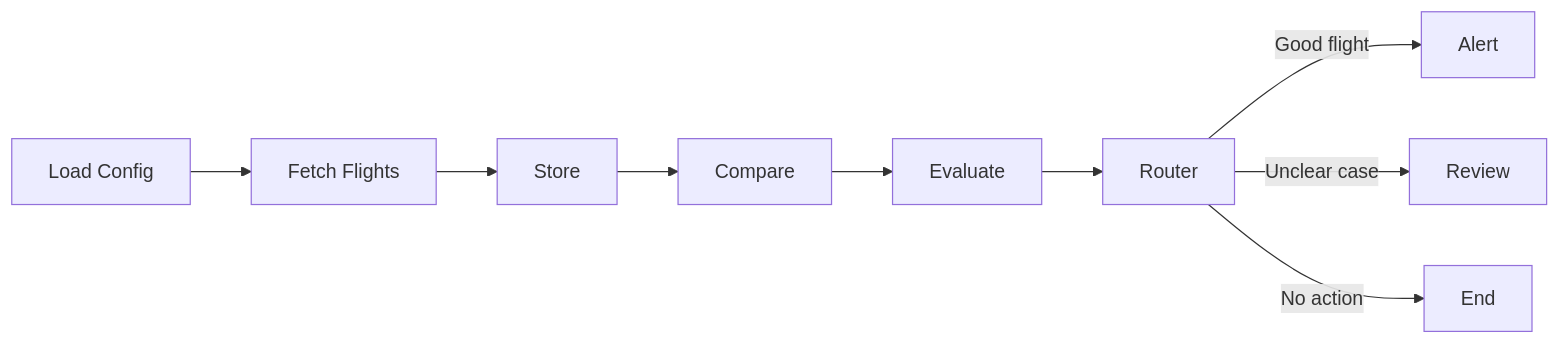
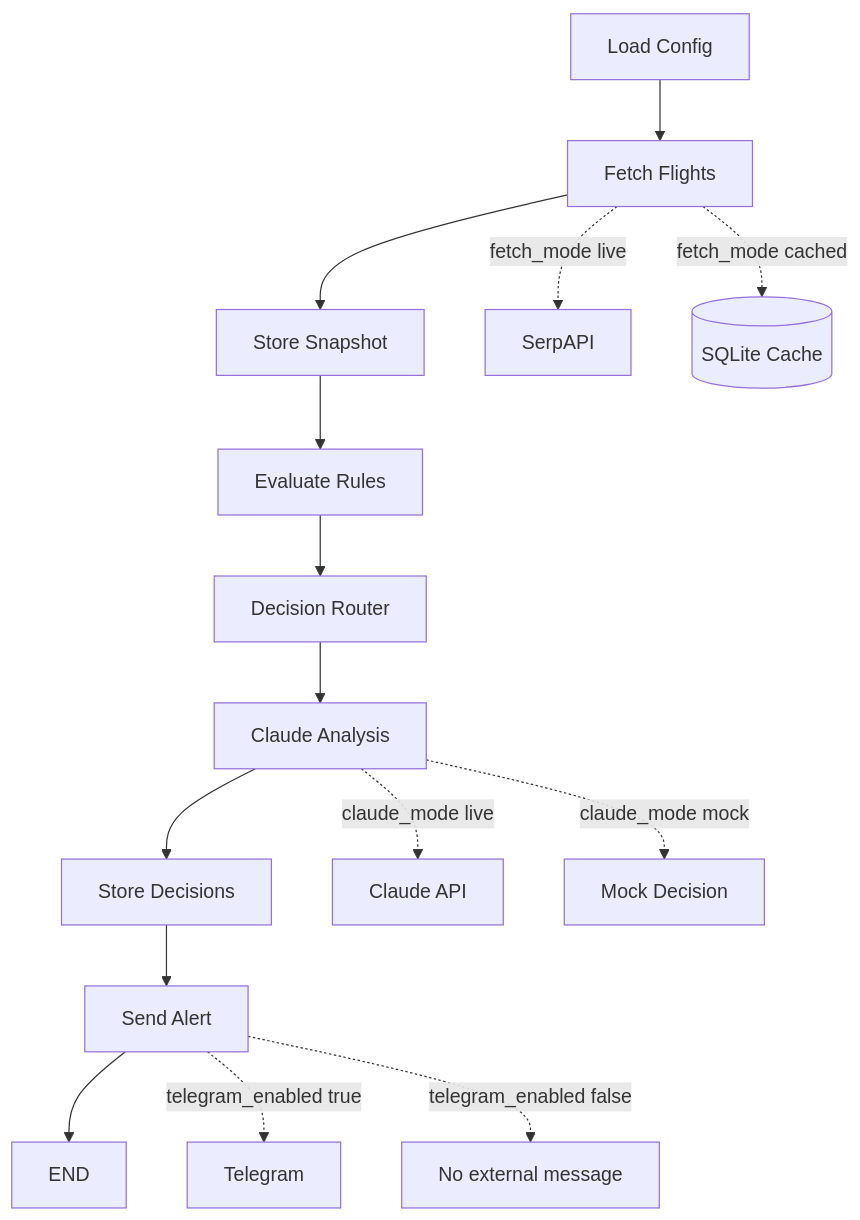
One commit to atelloa/flight-agent changed the diagram in architecture.md. Above: the diagram before and after it, drawn with Mermaid. The commit also changed other lines of this file, not shown here.

Commit message:
docs: refresh architecture for phase 5 runtime modes

````diff
--- a/architecture.md
+++ b/architecture.md
@@ -56,11 +53,18 @@
 ```mermaid
-flowchart LR
+flowchart TD
     A[Load Config] --> B[Fetch Flights]
-    B --> C[Store]
-    C --> D[Compare]
-    D --> E[Evaluate]
-    E --> F[Router]
-    F -->|Good flight| G[Alert]
-    F -->|Unclear case| H[Review]
-    F -->|No action| I[End]
+    B --> C[Store Snapshot]
+    C --> D[Evaluate Rules]
+    D --> E[Decision Router]
+    E --> F[Claude Analysis]
+    F --> G[Store Decisions]
+    G --> H[Send Alert]
+    H --> I[END]
+
+    B -. fetch_mode live .-> S[SerpAPI]
+    B -. fetch_mode cached .-> DB[(SQLite Cache)]
+    F -. claude_mode live .-> L[Claude API]
+    F -. claude_mode mock .-> M[Mock Decision]
+    H -. telegram_enabled true .-> T[Telegram]
+    H -. telegram_enabled false .-> N[No external message]
 ```
````
